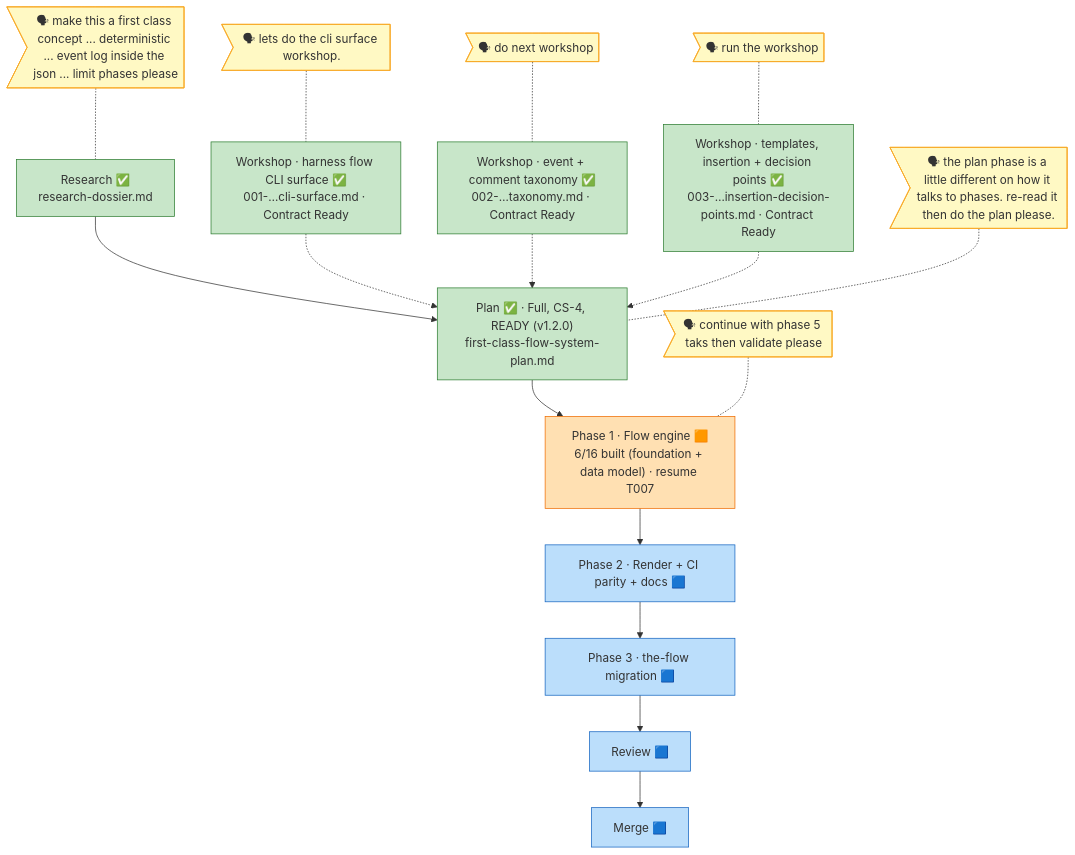
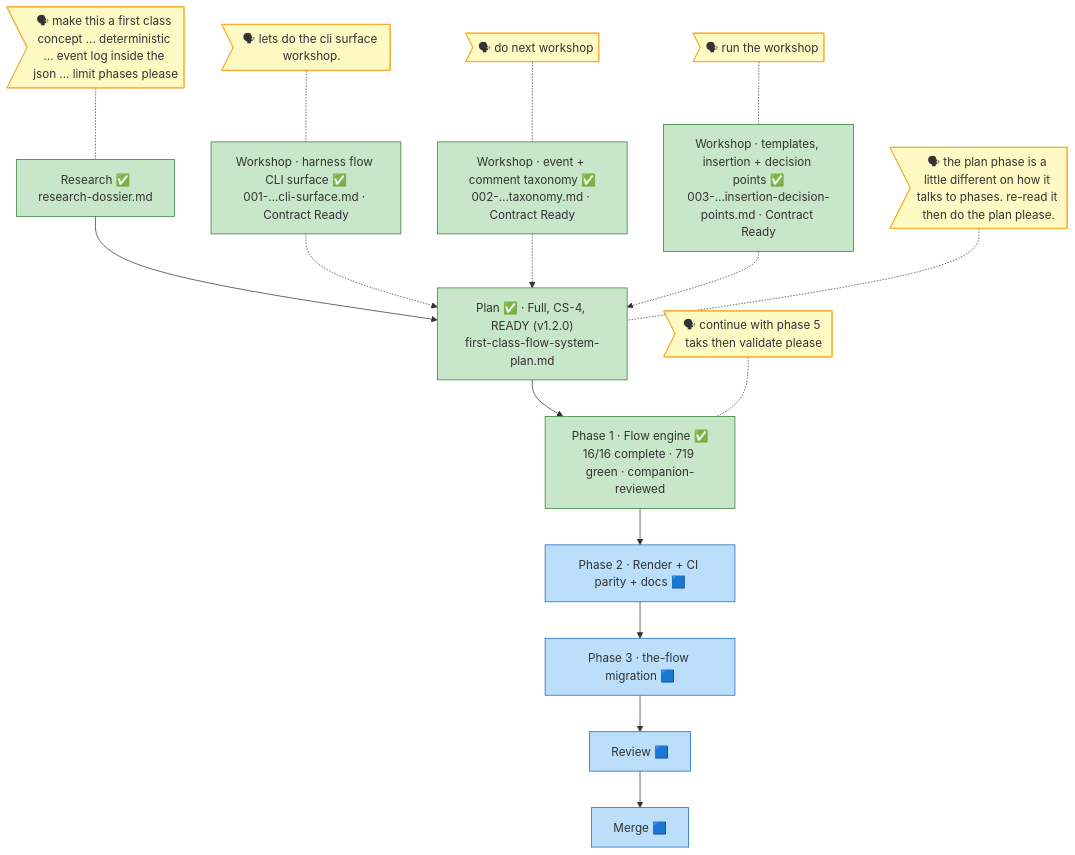
Before and after one commit to AI-Substrate/harness-engineering: the diagram in docs/plans/024-first-class-flow-system/the-flow.md, drawn with Mermaid. The commit also changed other lines of this file and 2 other files, not shown here.

Commit message:
docs(024): flight plan — Phase 1 COMPLETE 16/16, cursor -> Phase 2

````diff
--- a/docs/plans/024-first-class-flow-system/the-flow.md
+++ b/docs/plans/024-first-class-flow-system/the-flow.md
@@ -6,46 +6,46 @@
 ```mermaid
 flowchart TD
     research["Research ✅<br/>research-dossier.md"]:::done
     plan["Plan ✅ · Full, CS-4, READY (v1.2.0)<br/>first-class-flow-system-plan.md"]:::done
-    p1["Phase 1 · Flow engine 🟧<br/>6/16 built (foundation + data model) · resume T007"]:::wip
+    p1["Phase 1 · Flow engine ✅<br/>16/16 complete · 719 green · companion-reviewed"]:::done
     p2["Phase 2 · Render + CI parity + docs 🟦"]:::known
     p3["Phase 3 · the-flow migration 🟦"]:::known
     review["Review 🟦"]:::known
     merge["Merge 🟦"]:::known
 
     research --> plan
     plan --> p1
     p1 --> p2
     p2 --> p3
     p3 --> review
     review --> merge
 
     wsc["Workshop · harness flow CLI surface ✅<br/>001-…cli-surface.md · Contract Ready"]:::done
     wse["Workshop · event + comment taxonomy ✅<br/>002-…taxonomy.md · Contract Ready"]:::done
     wsi["Workshop · templates, insertion + decision points ✅<br/>003-…insertion-decision-points.md · Contract Ready"]:::done
     wsc -.-> plan
     wse -.-> plan
     wsi -.-> plan
 
     say_wsc>"🗣 lets do the cli surface workshop."]:::said
     say_wsc -.- wsc
     say_wse>"🗣 do next workshop"]:::said
     say_wse -.- wse
     say_wsi>"🗣 run the workshop"]:::said
     say_wsi -.- wsi
 
     say_r>"🗣 make this a first class concept ... deterministic ... event log inside the json ... limit phases please"]:::said
     say_r -.- research
     say_p>"🗣 the plan phase is a little different on how it talks to phases. re-read it then do the plan please."]:::said
     say_p -.- plan
     say_p1>"🗣 continue with phase 5 taks then validate please"]:::said
     say_p1 -.- p1
 
     classDef done fill:#C8E6C9,stroke:#2E7D32;
     classDef wip fill:#FFE0B2,stroke:#EF6C00;
     classDef blocked fill:#FFCDD2,stroke:#C62828;
     classDef known fill:#BBDEFB,stroke:#1565C0;
     classDef assumed fill:#ECEFF1,stroke:#90A4AE,stroke-dasharray:5 3;
     classDef said fill:#FFF9C4,stroke:#F9A825;
     classDef harness fill:#EDE7F6,stroke:#673AB7;
 ```
````
